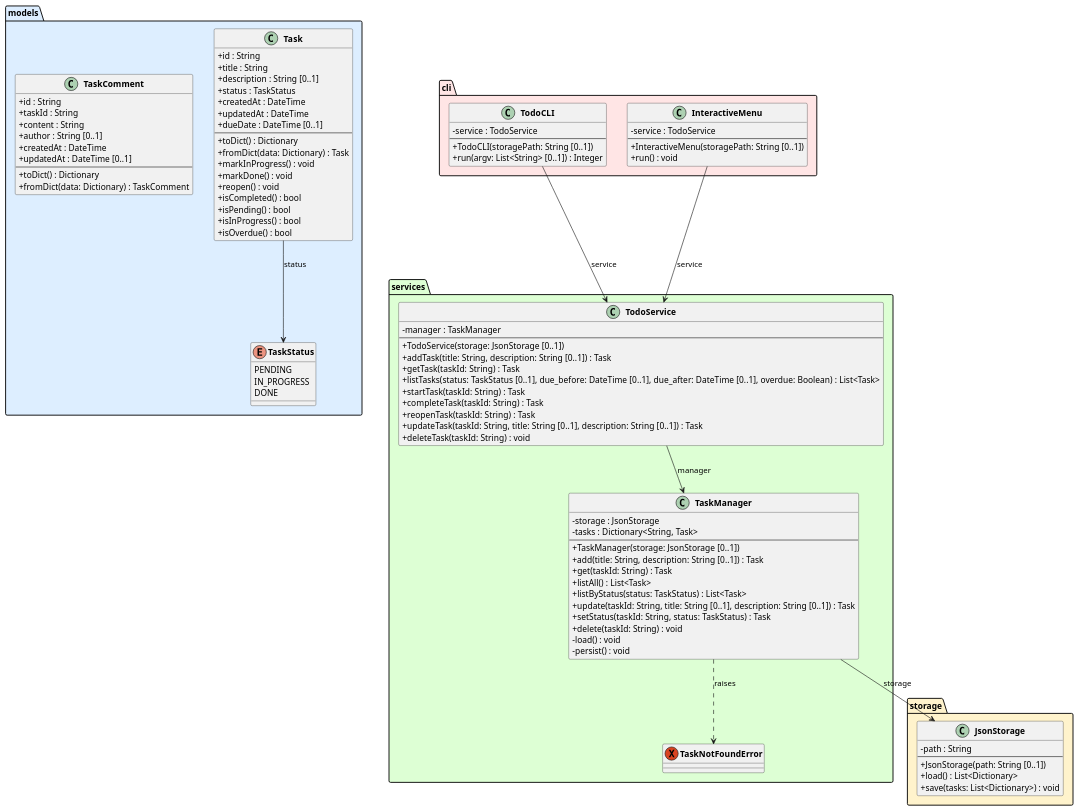
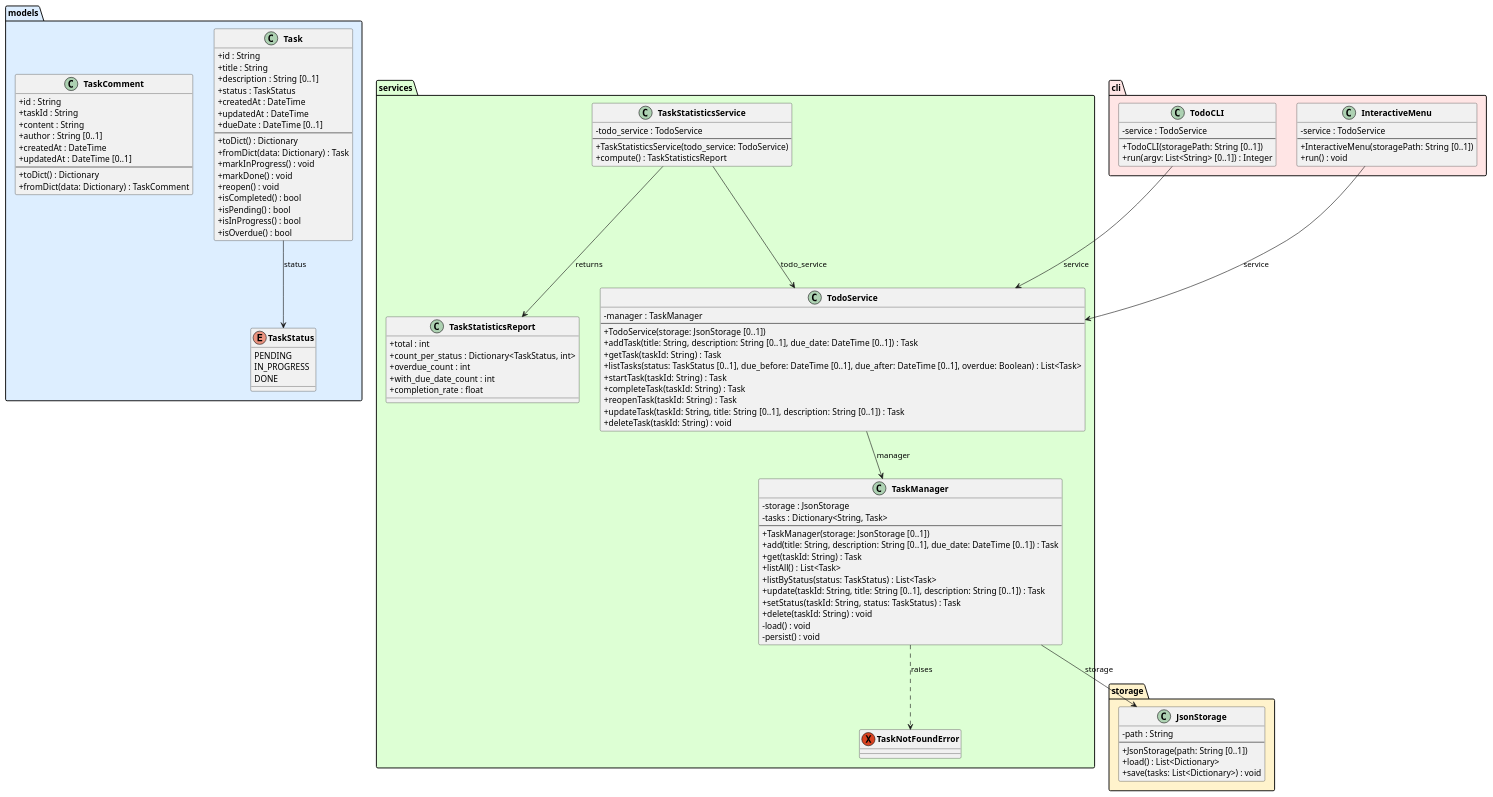
The diagram in experiments/broadcast/test_driven/TODO/artifacts/class_diagram.puml (DanielRiha8906/Software_autoevolution_using_agents), drawn with PlantUML before and after one commit.

Commit message:
Update class diagram for TaskStatisticsService
- Added TaskStatisticsReport dataclass to services package
- Added TaskStatisticsService class to services package
- Updated TodoService.addTask() signature to include due_date parameter
- Updated TaskManager.add() signature to include due_date parameter
- Added relationships for TaskStatisticsService dependencies

```diff
--- a/experiments/broadcast/test_driven/TODO/artifacts/class_diagram.puml
+++ b/experiments/broadcast/test_driven/TODO/artifacts/class_diagram.puml
@@ -1,113 +1,130 @@
 @startuml class_diagram
 
 skinparam classAttributeIconSize 0
 skinparam classFontStyle bold
 
 package "models" #DDEEFF {
     enum TaskStatus {
         PENDING
         IN_PROGRESS
         DONE
     }
 
     class Task {
         +id : String
         +title : String
         +description : String [0..1]
         +status : TaskStatus
         +createdAt : DateTime
         +updatedAt : DateTime
         +dueDate : DateTime [0..1]
         --
         +toDict() : Dictionary
         +fromDict(data: Dictionary) : Task
         +markInProgress() : void
         +markDone() : void
         +reopen() : void
         +isCompleted() : bool
         +isPending() : bool
         +isInProgress() : bool
         +isOverdue() : bool
     }
 
     class TaskComment {
         +id : String
         +taskId : String
         +content : String
         +author : String [0..1]
         +createdAt : DateTime
         +updatedAt : DateTime [0..1]
         --
         +toDict() : Dictionary
         +fromDict(data: Dictionary) : TaskComment
     }
 }
 
 package "storage" #FFF3CC {
     class JsonStorage {
         -path : String
         --
         +JsonStorage(path: String [0..1])
         +load() : List<Dictionary>
         +save(tasks: List<Dictionary>) : void
     }
 }
 
 package "services" #DDFFD4 {
     exception TaskNotFoundError
 
     class TaskManager {
         -storage : JsonStorage
         -tasks : Dictionary<String, Task>
         --
         +TaskManager(storage: JsonStorage [0..1])
-        +add(title: String, description: String [0..1]) : Task
+        +add(title: String, description: String [0..1], due_date: DateTime [0..1]) : Task
         +get(taskId: String) : Task
         +listAll() : List<Task>
         +listByStatus(status: TaskStatus) : List<Task>
         +update(taskId: String, title: String [0..1], description: String [0..1]) : Task
         +setStatus(taskId: String, status: TaskStatus) : Task
         +delete(taskId: String) : void
         -load() : void
         -persist() : void
     }
 
     class TodoService {
         -manager : TaskManager
         --
         +TodoService(storage: JsonStorage [0..1])
-        +addTask(title: String, description: String [0..1]) : Task
+        +addTask(title: String, description: String [0..1], due_date: DateTime [0..1]) : Task
         +getTask(taskId: String) : Task
         +listTasks(status: TaskStatus [0..1], due_before: DateTime [0..1], due_after: DateTime [0..1], overdue: Boolean) : List<Task>
         +startTask(taskId: String) : Task
         +completeTask(taskId: String) : Task
         +reopenTask(taskId: String) : Task
         +updateTask(taskId: String, title: String [0..1], description: String [0..1]) : Task
         +deleteTask(taskId: String) : void
+    }
+
+    class TaskStatisticsReport {
+        +total : int
+        +count_per_status : Dictionary<TaskStatus, int>
+        +overdue_count : int
+        +with_due_date_count : int
+        +completion_rate : float
+    }
+
+    class TaskStatisticsService {
+        -todo_service : TodoService
+        --
+        +TaskStatisticsService(todo_service: TodoService)
+        +compute() : TaskStatisticsReport
     }
 }
 
 package "cli" #FFE5E5 {
     class TodoCLI {
         -service : TodoService
         --
         +TodoCLI(storagePath: String [0..1])
         +run(argv: List<String> [0..1]) : Integer
     }
 
     class InteractiveMenu {
         -service : TodoService
         --
         +InteractiveMenu(storagePath: String [0..1])
         +run() : void
     }
 }
 
 Task --> TaskStatus : status
 TaskManager --> JsonStorage : storage
 TaskManager ..> TaskNotFoundError : raises
 TodoService --> TaskManager : manager
+TaskStatisticsService --> TodoService : todo_service
+TaskStatisticsService --> TaskStatisticsReport : returns
 TodoCLI --> TodoService : service
 InteractiveMenu --> TodoService : service
 
 @enduml
```
